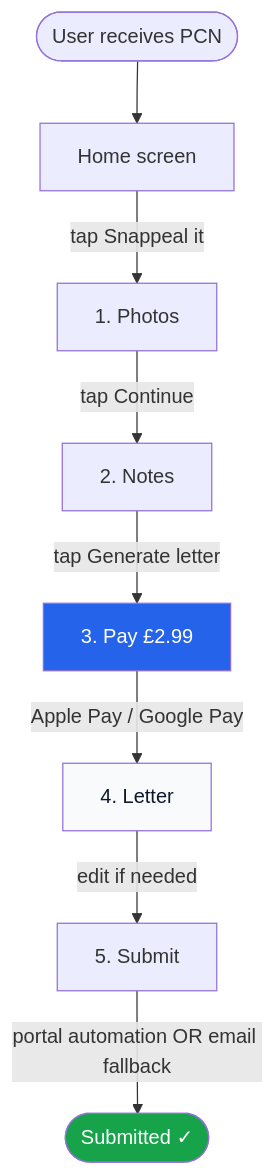
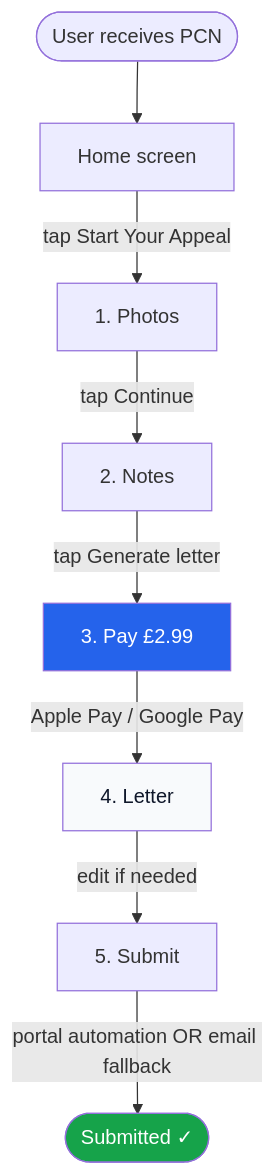
The diagram in wiki/docs/product/user-flow.md (moses220200-lang/snappeal), drawn with Mermaid before and after one commit. The commit also changed other lines of this file and 11 other files, not shown here.

````diff
--- a/wiki/docs/product/user-flow.md
+++ b/wiki/docs/product/user-flow.md
@@ -5,14 +5,14 @@
 ```mermaid
 flowchart TD
     Start([User receives PCN]) --> Home[Home screen]
-    Home -->|tap Snappeal it| Photos[1. Photos]
+    Home -->|tap Start Your Appeal| Photos[1. Photos]
     Photos -->|tap Continue| Notes[2. Notes]
     Notes -->|tap Generate letter| Pay[3. Pay £2.99]
     Pay -->|Apple Pay / Google Pay| Letter[4. Letter]
     Letter -->|edit if needed| Submit[5. Submit]
     Submit -->|portal automation OR email fallback| Done([Submitted ✓])
 
     style Pay fill:#2563eb,color:#ffffff
     style Letter fill:#f8fafc,color:#0f172a
     style Done fill:#16a34a,color:#ffffff
 ```
````
